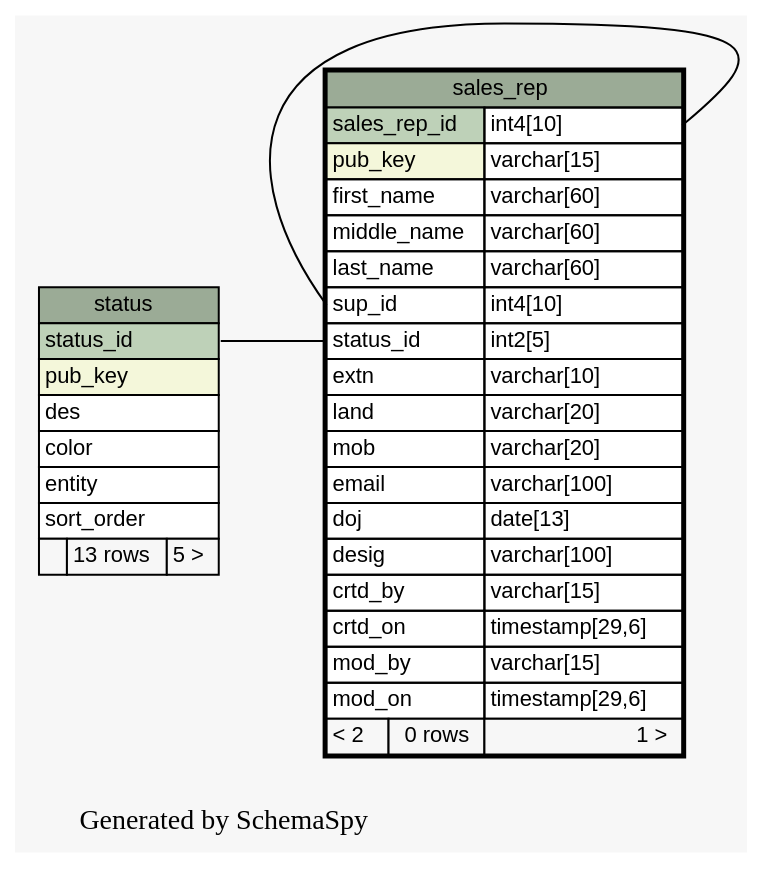
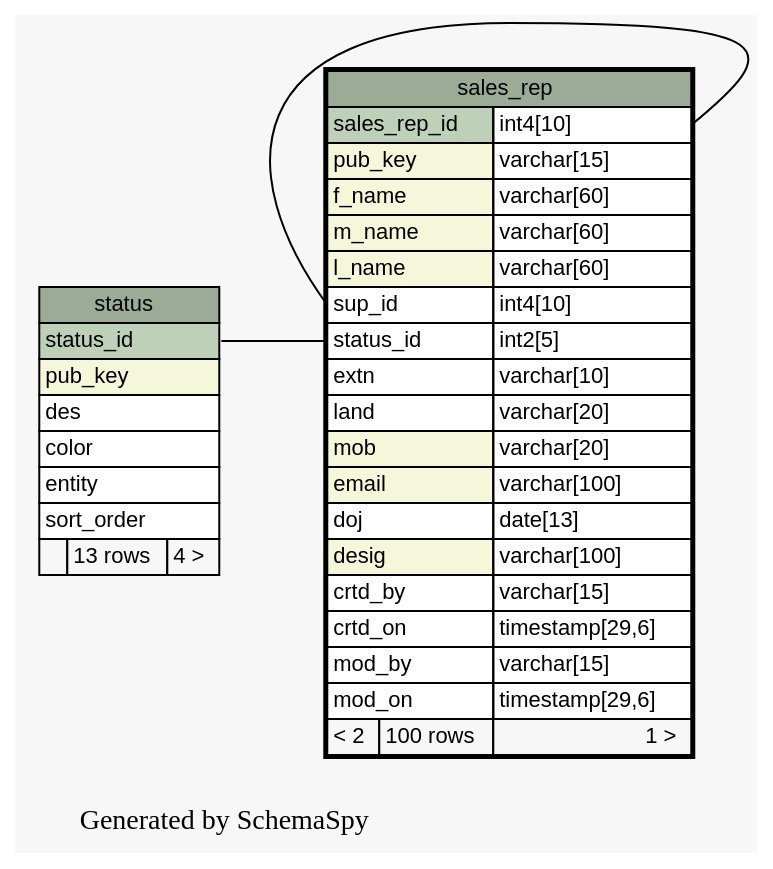
The diagram in docs/database/schemaspy/graphs/sales_rep.1degree.dot (engineerscraft/salesforce), drawn with Graphviz before and after one commit. The commit also changed 206 other files, not shown here.

```diff
--- a/docs/database/schemaspy/graphs/sales_rep.1degree.dot
+++ b/docs/database/schemaspy/graphs/sales_rep.1degree.dot
@@ -1,60 +1,60 @@
 // dot 2.38.0 on Windows 7 6.1
 digraph "oneDegreeRelationshipsGraph" {
   graph [
     rankdir="RL"
     bgcolor="#f7f7f7"
     label="\nGenerated by SchemaSpy"
     labeljust="l"
   ];
   node [
     fontname="Helvetica"
     fontsize="11"
     shape="plaintext"
   ];
   edge [
     arrowsize="0.8"
   ];
   "sales_rep":"status_id":w -> "status":"status_id":e [arrowtail=crowtee arrowhead=none];
   "sales_rep":"sup_id":w -> "sales_rep":"sales_rep_id.type":e [arrowtail=crowodot arrowhead=none];
   "sales_rep" [
     label=<
     <TABLE BORDER="2" CELLBORDER="1" CELLSPACING="0" BGCOLOR="#ffffff">
       <TR><TD PORT="sales_rep.heading" COLSPAN="3" BGCOLOR="#9bab96" ALIGN="CENTER">sales_rep</TD></TR>
       <TR><TD PORT="sales_rep_id" COLSPAN="2" BGCOLOR="#bed1b8" ALIGN="LEFT">sales_rep_id</TD><TD PORT="sales_rep_id.type" ALIGN="LEFT">int4[10]</TD></TR>
       <TR><TD PORT="pub_key" COLSPAN="2" BGCOLOR="#f4f7da" ALIGN="LEFT">pub_key</TD><TD PORT="pub_key.type" ALIGN="LEFT">varchar[15]</TD></TR>
-      <TR><TD PORT="first_name" COLSPAN="2" ALIGN="LEFT">first_name</TD><TD PORT="first_name.type" ALIGN="LEFT">varchar[60]</TD></TR>
-      <TR><TD PORT="middle_name" COLSPAN="2" ALIGN="LEFT">middle_name</TD><TD PORT="middle_name.type" ALIGN="LEFT">varchar[60]</TD></TR>
-      <TR><TD PORT="last_name" COLSPAN="2" ALIGN="LEFT">last_name</TD><TD PORT="last_name.type" ALIGN="LEFT">varchar[60]</TD></TR>
+      <TR><TD PORT="f_name" COLSPAN="2" BGCOLOR="#f4f7da" ALIGN="LEFT">f_name</TD><TD PORT="f_name.type" ALIGN="LEFT">varchar[60]</TD></TR>
+      <TR><TD PORT="m_name" COLSPAN="2" BGCOLOR="#f4f7da" ALIGN="LEFT">m_name</TD><TD PORT="m_name.type" ALIGN="LEFT">varchar[60]</TD></TR>
+      <TR><TD PORT="l_name" COLSPAN="2" BGCOLOR="#f4f7da" ALIGN="LEFT">l_name</TD><TD PORT="l_name.type" ALIGN="LEFT">varchar[60]</TD></TR>
       <TR><TD PORT="sup_id" COLSPAN="2" ALIGN="LEFT">sup_id</TD><TD PORT="sup_id.type" ALIGN="LEFT">int4[10]</TD></TR>
       <TR><TD PORT="status_id" COLSPAN="2" ALIGN="LEFT">status_id</TD><TD PORT="status_id.type" ALIGN="LEFT">int2[5]</TD></TR>
       <TR><TD PORT="extn" COLSPAN="2" ALIGN="LEFT">extn</TD><TD PORT="extn.type" ALIGN="LEFT">varchar[10]</TD></TR>
       <TR><TD PORT="land" COLSPAN="2" ALIGN="LEFT">land</TD><TD PORT="land.type" ALIGN="LEFT">varchar[20]</TD></TR>
-      <TR><TD PORT="mob" COLSPAN="2" ALIGN="LEFT">mob</TD><TD PORT="mob.type" ALIGN="LEFT">varchar[20]</TD></TR>
-      <TR><TD PORT="email" COLSPAN="2" ALIGN="LEFT">email</TD><TD PORT="email.type" ALIGN="LEFT">varchar[100]</TD></TR>
+      <TR><TD PORT="mob" COLSPAN="2" BGCOLOR="#f4f7da" ALIGN="LEFT">mob</TD><TD PORT="mob.type" ALIGN="LEFT">varchar[20]</TD></TR>
+      <TR><TD PORT="email" COLSPAN="2" BGCOLOR="#f4f7da" ALIGN="LEFT">email</TD><TD PORT="email.type" ALIGN="LEFT">varchar[100]</TD></TR>
       <TR><TD PORT="doj" COLSPAN="2" ALIGN="LEFT">doj</TD><TD PORT="doj.type" ALIGN="LEFT">date[13]</TD></TR>
-      <TR><TD PORT="desig" COLSPAN="2" ALIGN="LEFT">desig</TD><TD PORT="desig.type" ALIGN="LEFT">varchar[100]</TD></TR>
+      <TR><TD PORT="desig" COLSPAN="2" BGCOLOR="#f4f7da" ALIGN="LEFT">desig</TD><TD PORT="desig.type" ALIGN="LEFT">varchar[100]</TD></TR>
       <TR><TD PORT="crtd_by" COLSPAN="2" ALIGN="LEFT">crtd_by</TD><TD PORT="crtd_by.type" ALIGN="LEFT">varchar[15]</TD></TR>
       <TR><TD PORT="crtd_on" COLSPAN="2" ALIGN="LEFT">crtd_on</TD><TD PORT="crtd_on.type" ALIGN="LEFT">timestamp[29,6]</TD></TR>
       <TR><TD PORT="mod_by" COLSPAN="2" ALIGN="LEFT">mod_by</TD><TD PORT="mod_by.type" ALIGN="LEFT">varchar[15]</TD></TR>
       <TR><TD PORT="mod_on" COLSPAN="2" ALIGN="LEFT">mod_on</TD><TD PORT="mod_on.type" ALIGN="LEFT">timestamp[29,6]</TD></TR>
-      <TR><TD ALIGN="LEFT" BGCOLOR="#f7f7f7">&lt; 2</TD><TD ALIGN="RIGHT" BGCOLOR="#f7f7f7">0 rows</TD><TD ALIGN="RIGHT" BGCOLOR="#f7f7f7">1 &gt;</TD></TR>
+      <TR><TD ALIGN="LEFT" BGCOLOR="#f7f7f7">&lt; 2</TD><TD ALIGN="RIGHT" BGCOLOR="#f7f7f7">100 rows</TD><TD ALIGN="RIGHT" BGCOLOR="#f7f7f7">1 &gt;</TD></TR>
     </TABLE>>
     URL="sales_rep.html#"
     tooltip="sales_rep"
   ];
   "status" [
     label=<
     <TABLE BORDER="0" CELLBORDER="1" CELLSPACING="0" BGCOLOR="#ffffff">
       <TR><TD PORT="status.heading" COLSPAN="3" BGCOLOR="#9bab96" ALIGN="CENTER">status</TD></TR>
       <TR><TD PORT="status_id" COLSPAN="3" BGCOLOR="#bed1b8" ALIGN="LEFT">status_id</TD></TR>
       <TR><TD PORT="pub_key" COLSPAN="3" BGCOLOR="#f4f7da" ALIGN="LEFT">pub_key</TD></TR>
       <TR><TD PORT="des" COLSPAN="3" ALIGN="LEFT">des</TD></TR>
       <TR><TD PORT="color" COLSPAN="3" ALIGN="LEFT">color</TD></TR>
       <TR><TD PORT="entity" COLSPAN="3" ALIGN="LEFT">entity</TD></TR>
       <TR><TD PORT="sort_order" COLSPAN="3" ALIGN="LEFT">sort_order</TD></TR>
-      <TR><TD ALIGN="LEFT" BGCOLOR="#f7f7f7">  </TD><TD ALIGN="RIGHT" BGCOLOR="#f7f7f7">13 rows</TD><TD ALIGN="RIGHT" BGCOLOR="#f7f7f7">5 &gt;</TD></TR>
+      <TR><TD ALIGN="LEFT" BGCOLOR="#f7f7f7">  </TD><TD ALIGN="RIGHT" BGCOLOR="#f7f7f7">13 rows</TD><TD ALIGN="RIGHT" BGCOLOR="#f7f7f7">4 &gt;</TD></TR>
     </TABLE>>
     URL="status.html#graph"
     tooltip="status"
   ];
 }
```
